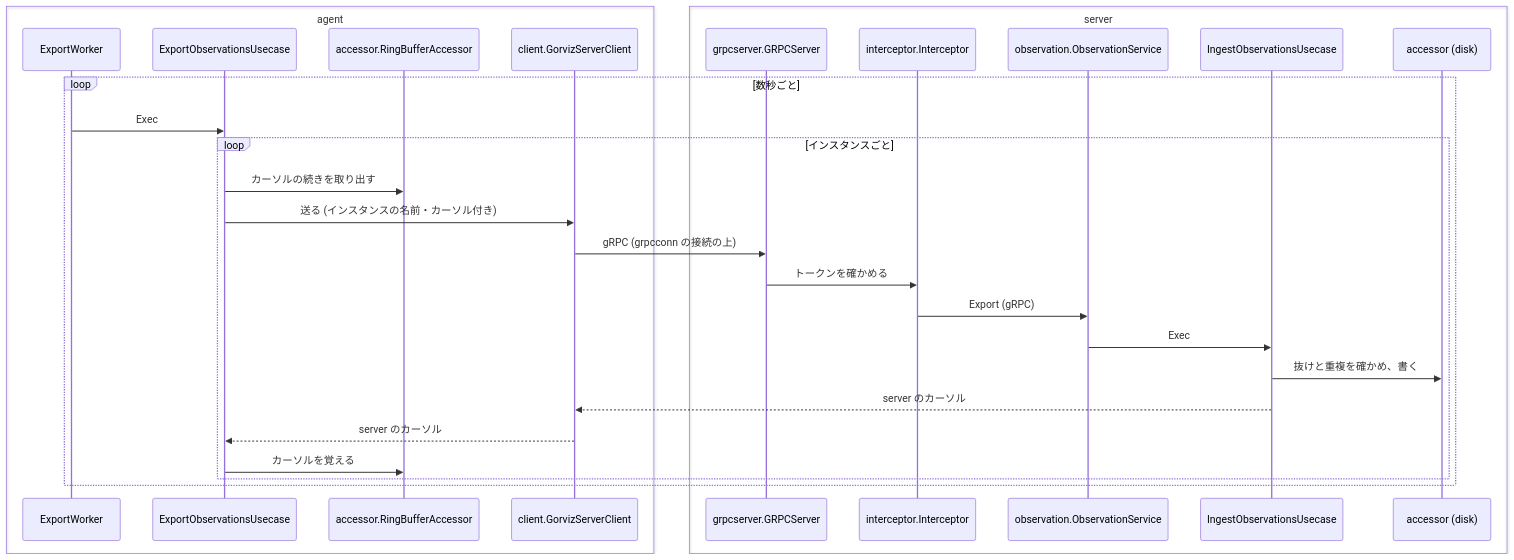
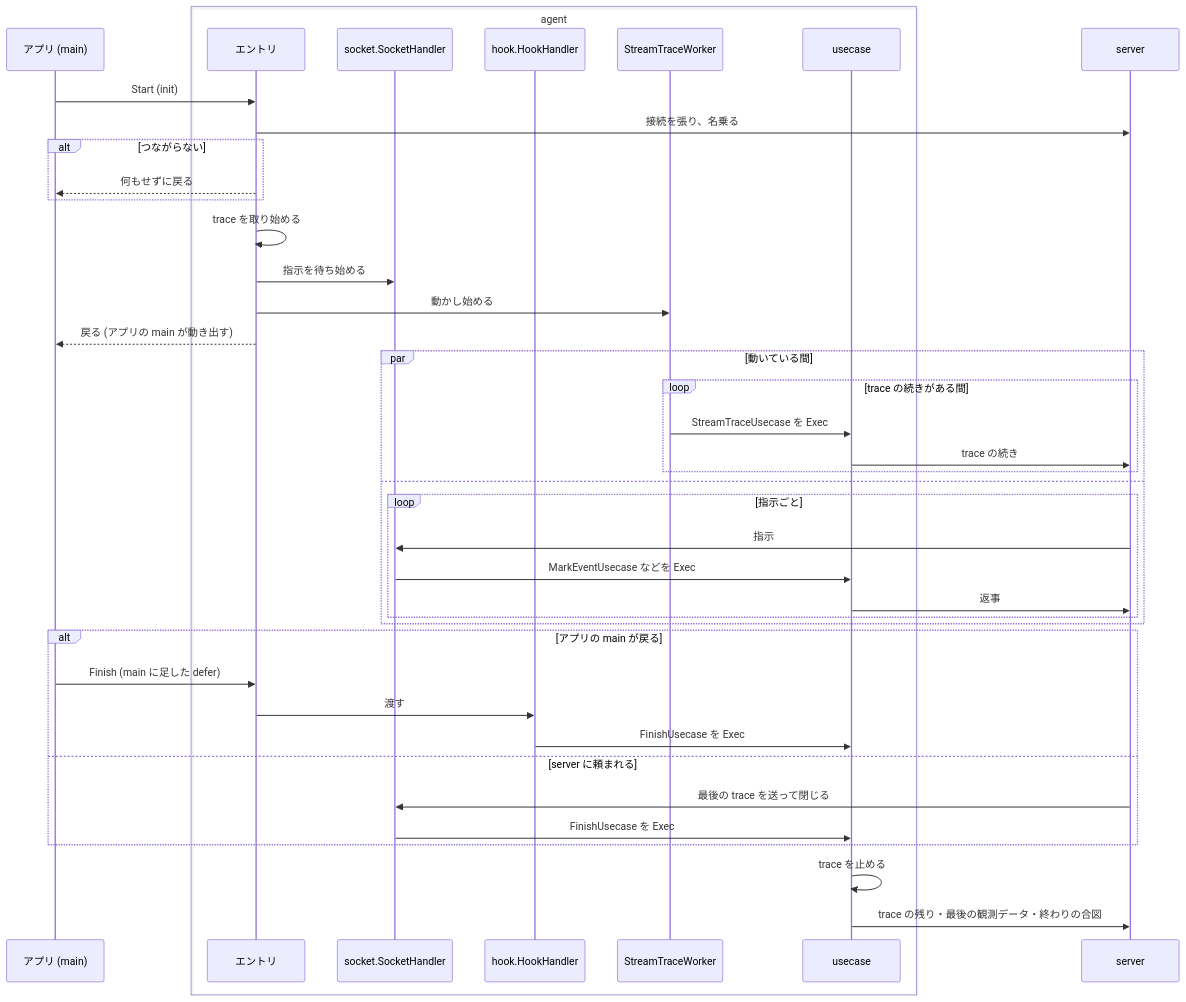
One commit to kakkky/gorviz changed the seventh of 12 diagrams in docs/architecture.md. Above: the diagram before and after it, drawn with Mermaid. The commit also changed other lines of this file, not shown here.

Commit message:
docs: rework the architecture for the local tool with one gorviz binary holding the server and the cli, layer the agent injected into the app through an overlay, talk to it over one socket defined in agentsocket, and keep package names short with the details in type names

````diff
--- a/docs/architecture.md
+++ b/docs/architecture.md
@@ -350,32 +279,46 @@
 ```mermaid
 sequenceDiagram
+    participant App as アプリ (main)
     box agent
-        participant W as ExportWorker
-        participant U as ExportObservationsUsecase
-        participant RB as accessor.RingBufferAccessor
-        participant C as client.GorvizServerClient
+        participant E as エントリ
+        participant H as socket.SocketHandler
+        participant X as hook.HookHandler
+        participant TW as StreamTraceWorker
+        participant U as usecase
     end
-    box server
-        participant G as grpcserver.GRPCServer
-        participant I as interceptor.Interceptor
-        participant O as observation.ObservationService
-        participant RU as IngestObservationsUsecase
-        participant A as accessor (disk)
+    participant S as server
+
+    App->>E: Start (init)
+    E->>S: 接続を張り、名乗る
+    alt つながらない
+        E-->>App: 何もせずに戻る
+    end
+    E->>E: trace を取り始める
+    E->>H: 指示を待ち始める
+    E->>TW: 動かし始める
+    E-->>App: 戻る (アプリの main が動き出す)
+
+    par 動いている間
+        loop trace の続きがある間
+            TW->>U: StreamTraceUsecase を Exec
+            U->>S: trace の続き
+        end
+    and
+        loop 指示ごと
+            S->>H: 指示
+            H->>U: MarkEventUsecase などを Exec
+            U->>S: 返事
+        end
     end
 
-    loop 数秒ごと
-        W->>U: Exec
-        loop インスタンスごと
-            U->>RB: カーソルの続きを取り出す
-            U->>C: 送る (インスタンスの名前・カーソル付き)
-            C->>G: gRPC (grpcconn の接続の上)
-            G->>I: トークンを確かめる
-            I->>O: Export (gRPC)
-            O->>RU: Exec
-            RU->>A: 抜けと重複を確かめ、書く
-            RU-->>C: server のカーソル
-            C-->>U: server のカーソル
-            U->>RB: カーソルを覚える
-        end
+    alt アプリの main が戻る
+        App->>E: Finish (main に足した defer)
+        E->>X: 渡す
+        X->>U: FinishUsecase を Exec
+    else server に頼まれる
+        S->>H: 最後の trace を送って閉じる
+        H->>U: FinishUsecase を Exec
     end
+    U->>U: trace を止める
+    U->>S: trace の残り・最後の観測データ・終わりの合図
 ```
````
